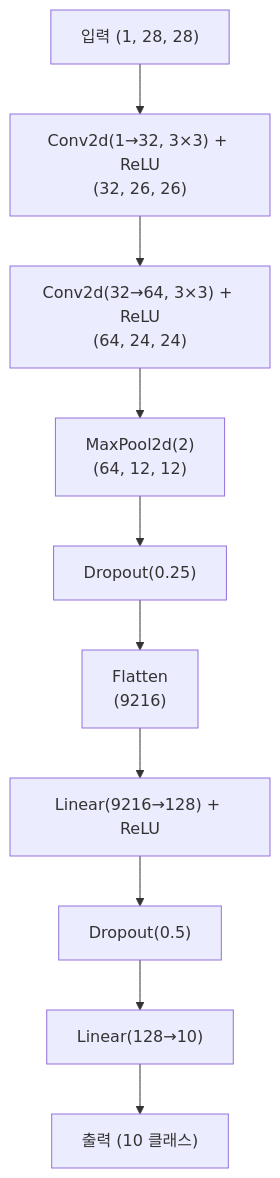
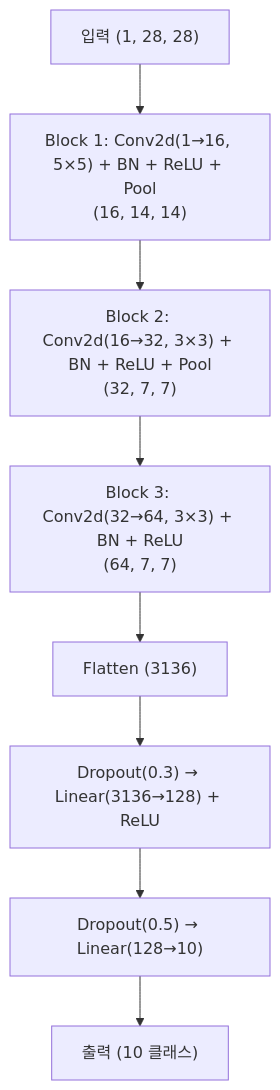
The second of 3 diagrams in docs/start/딥러닝-기초-3-CNN으로-이미지-분류/index.md (kenshin579/blog-v2.advenoh.pe.kr), drawn with Mermaid before and after one commit. The commit also changed other lines of this file and 3 other files, not shown here.

````diff
--- a/docs/start/딥러닝-기초-3-CNN으로-이미지-분류/index.md
+++ b/docs/start/딥러닝-기초-3-CNN으로-이미지-분류/index.md
@@ -86,12 +94,10 @@
 ```mermaid
 flowchart TB
-    A["입력 (1, 28, 28)"] --> B["Conv2d(1→32, 3×3) + ReLU<br/>(32, 26, 26)"]
-    B --> C["Conv2d(32→64, 3×3) + ReLU<br/>(64, 24, 24)"]
-    C --> D["MaxPool2d(2)<br/>(64, 12, 12)"]
-    D --> E["Dropout(0.25)"]
-    E --> F["Flatten<br/>(9216)"]
-    F --> G["Linear(9216→128) + ReLU"]
-    G --> H["Dropout(0.5)"]
-    H --> I["Linear(128→10)"]
-    I --> J["출력 (10 클래스)"]
+    A["입력 (1, 28, 28)"] --> B["Block 1: Conv2d(1→16, 5×5) + BN + ReLU + Pool<br/>(16, 14, 14)"]
+    B --> C["Block 2: Conv2d(16→32, 3×3) + BN + ReLU + Pool<br/>(32, 7, 7)"]
+    C --> D["Block 3: Conv2d(32→64, 3×3) + BN + ReLU<br/>(64, 7, 7)"]
+    D --> E["Flatten (3136)"]
+    E --> F["Dropout(0.3) → Linear(3136→128) + ReLU"]
+    F --> G["Dropout(0.5) → Linear(128→10)"]
+    G --> H["출력 (10 클래스)"]
 ```
````
